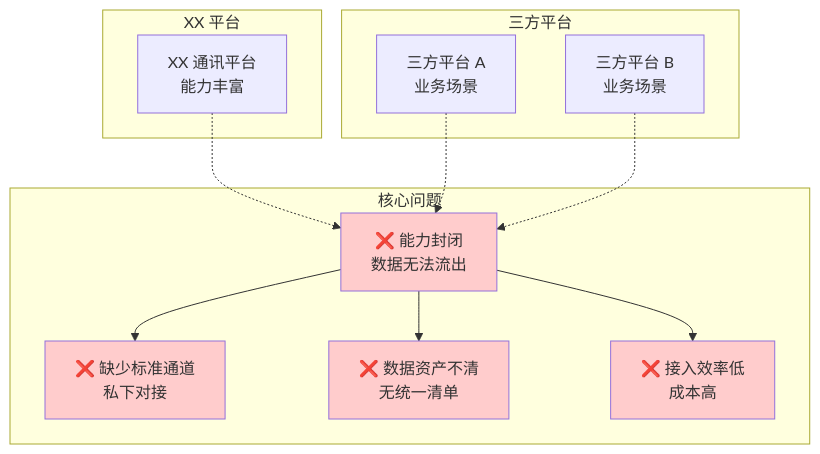
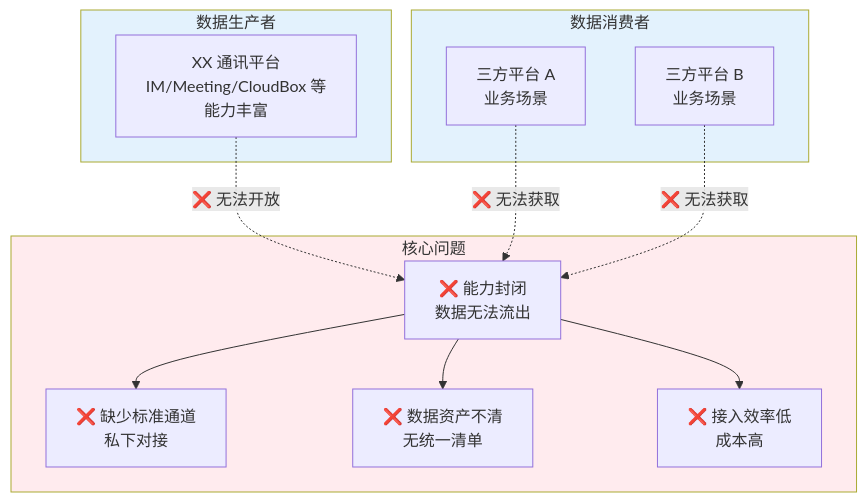
The second of 10 diagrams in open-app/.specs/feature-session-001/discovery-report.md (THZSummer/Product), drawn with Mermaid before and after one commit.

Commit message:
design: 按数据流架构重新设计 2.1 现状痛点图表
- 按照数据生产者→数据开放平台→数据消费者的架构思路重组
- 数据生产者：XX 通讯平台（IM/Meeting/CloudBox 等）
- 数据消费者：三方平台 A、三方平台 B
- 核心问题：能力封闭导致数据无法流出和获取
- 样式：生产者和消费者用蓝色背景，问题用红色背景

设计原则：
- 图表结构反映真实的数据流架构
- 避免将生产者和消费者混为一个 subgraph

````diff
--- a/open-app/.specs/feature-session-001/discovery-report.md
+++ b/open-app/.specs/feature-session-001/discovery-report.md
@@ -71,31 +71,30 @@
 ```mermaid
 graph TB
-    subgraph XX 平台
-        A[XX 通讯平台<br/>能力丰富]
+    subgraph Producer[数据生产者]
+        A[XX 通讯平台<br/>IM/Meeting/CloudBox 等<br/>能力丰富]
     end
     
-    subgraph 三方平台
+    subgraph Consumer[数据消费者]
         B[三方平台 A<br/>业务场景]
         C[三方平台 B<br/>业务场景]
     end
     
-    subgraph 核心问题
+    subgraph Problems[核心问题]
         P1[❌ 能力封闭<br/>数据无法流出]
         P2[❌ 缺少标准通道<br/>私下对接]
         P3[❌ 数据资产不清<br/>无统一清单]
         P4[❌ 接入效率低<br/>成本高]
     end
     
-    A -.-> P1
-    B -.-> P1
-    C -.-> P1
+    A -.->|❌ 无法开放 | P1
+    B -.->|❌ 无法获取 | P1
+    C -.->|❌ 无法获取 | P1
     
     P1 --> P2
     P1 --> P3
     P1 --> P4
     
-    style P1 fill:#ffcccc
-    style P2 fill:#ffcccc
-    style P3 fill:#ffcccc
-    style P4 fill:#ffcccc
+    style Producer fill:#e3f2fd
+    style Consumer fill:#e3f2fd
+    style Problems fill:#ffebee
 ```
````
